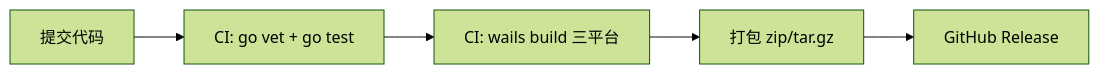
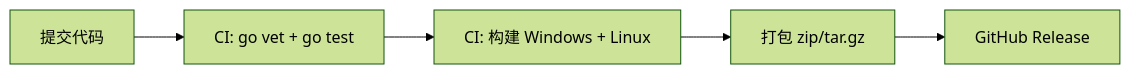
One commit to nienieai/serial-debugger changed the fourth of 4 diagrams in docs-style-guide.md. Above: the diagram before and after it, drawn with Mermaid (forest theme). The commit also changed other lines of this file and 8 other files, not shown here.

````diff
--- a/docs-style-guide.md
+++ b/docs-style-guide.md
@@ -423,7 +422,7 @@
 ```mermaid
 flowchart LR
     A[提交代码] --> B[CI: go vet + go test]
-    B --> C[CI: wails build 三平台]
+    B --> C[CI: 构建 Windows + Linux]
     C --> D[打包 zip/tar.gz]
     D --> E[GitHub Release]
 ```
````
